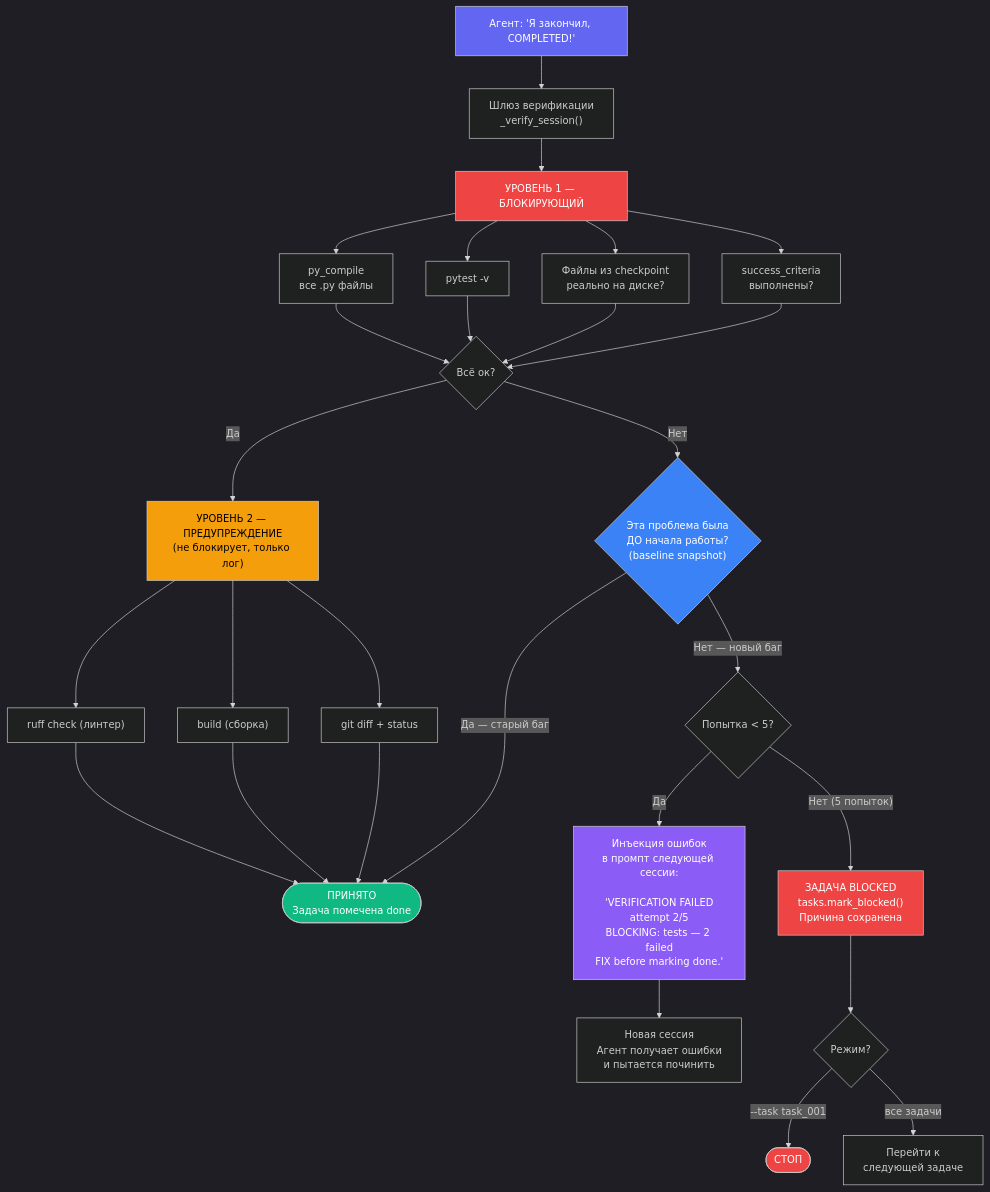
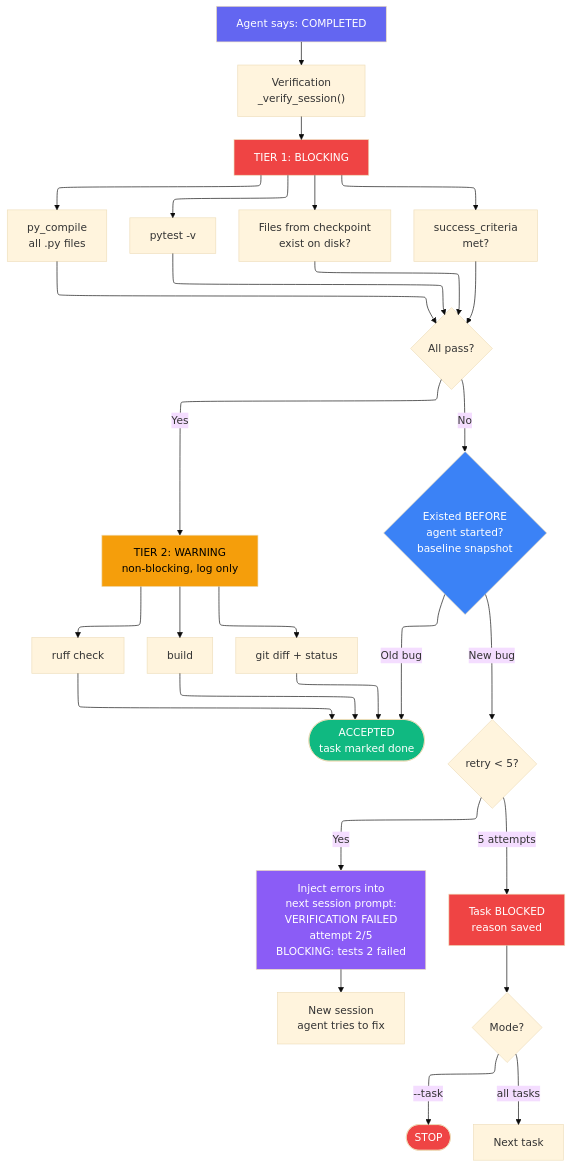
Before and after one commit to Chashchin-Dmitry/pocketcoder-a1: the diagram in articles/01_pocketcoder/diagrams/04_verification_detail.mmd, drawn with Mermaid. The commit also changed 13 other files, not shown here.

First line of the commit message:
docs: rewrite 6 mermaid diagrams (EN, base theme, elk layout) + add PNG exports

```diff
--- a/articles/01_pocketcoder/diagrams/04_verification_detail.mmd
+++ b/articles/01_pocketcoder/diagrams/04_verification_detail.mmd
@@ -1,45 +1,48 @@
-%%{ init: { 'theme': 'dark', 'themeVariables': { 'fontSize': '15px' } } }%%
+---
+config:
+  theme: base
+  layout: elk
+---
 flowchart TD
-    Agent["Агент: 'Я закончил, COMPLETED!'"] --> Gate["Шлюз верификации\n_verify_session()"]
+    Agent["Agent says: COMPLETED"] --> Gate["Verification<br/>_verify_session()"]
 
-    Gate --> T1["УРОВЕНЬ 1 — БЛОКИРУЮЩИЙ"]
-    T1 --> S1["py_compile\nвсе .py файлы"]
+    Gate --> T1["TIER 1: BLOCKING"]
+    T1 --> S1["py_compile<br/>all .py files"]
     T1 --> S2["pytest -v"]
-    T1 --> S3["Файлы из checkpoint\nреально на диске?"]
-    T1 --> S4["success_criteria\nвыполнены?"]
+    T1 --> S3["Files from checkpoint<br/>exist on disk?"]
+    T1 --> S4["success_criteria<br/>met?"]
 
-    S1 --> Pass{Всё ок?}
+    S1 --> Pass{"All pass?"}
     S2 --> Pass
     S3 --> Pass
     S4 --> Pass
 
-    Pass -->|"Да"| T2["УРОВЕНЬ 2 — ПРЕДУПРЕЖДЕНИЕ\n(не блокирует, только лог)"]
-    T2 --> L1["ruff check (линтер)"]
-    T2 --> L2["build (сборка)"]
+    Pass -->|"Yes"| T2["TIER 2: WARNING<br/>non-blocking, log only"]
+    T2 --> L1["ruff check"]
+    T2 --> L2["build"]
     T2 --> L3["git diff + status"]
-    L1 --> Done(["ПРИНЯТО\nЗадача помечена done"])
+    L1 --> Done(["ACCEPTED<br/>task marked done"])
     L2 --> Done
     L3 --> Done
 
-    Pass -->|"Нет"| Baseline{"Эта проблема была\nДО начала работы?\n(baseline snapshot)"}
+    Pass -->|"No"| Baseline{"Existed BEFORE<br/>agent started?<br/>baseline snapshot"}
 
-    Baseline -->|"Да — старый баг"| Done
-    Baseline -->|"Нет — новый баг"| Retry{"Попытка < 5?"}
+    Baseline -->|"Old bug"| Done
+    Baseline -->|"New bug"| Retry{"retry < 5?"}
 
-    Retry -->|"Да"| FixPrompt["Инъекция ошибок\nв промпт следующей сессии:\n\n'VERIFICATION FAILED\nattempt 2/5\nBLOCKING: tests — 2 failed\nFIX before marking done.'"]
-    FixPrompt --> NextSession["Новая сессия\nАгент получает ошибки\nи пытается починить"]
+    Retry -->|"Yes"| FixPrompt["Inject errors into<br/>next session prompt:<br/>VERIFICATION FAILED<br/>attempt 2/5<br/>BLOCKING: tests 2 failed"]
+    FixPrompt --> NextSession["New session<br/>agent tries to fix"]
 
-    Retry -->|"Нет (5 попыток)"| Blocked["ЗАДАЧА BLOCKED\ntasks.mark_blocked()\nПричина сохранена"]
-    Blocked --> WhatNext{Режим?}
-    WhatNext -->|"--task task_001"| Stop(["СТОП"])
-    WhatNext -->|"все задачи"| Next["Перейти к\nследующей задаче"]
+    Retry -->|"5 attempts"| Blocked["Task BLOCKED<br/>reason saved"]
+    Blocked --> WhatNext{"Mode?"}
+    WhatNext -->|"--task"| Stop(["STOP"])
+    WhatNext -->|"all tasks"| Next["Next task"]
 
-    %% === STYLES ===
     style Agent fill:#6366f1,color:#fff
     style T1 fill:#ef4444,color:#fff
     style T2 fill:#f59e0b,color:#000
     style Done fill:#10b981,color:#fff
     style Blocked fill:#ef4444,color:#fff
     style Stop fill:#ef4444,color:#fff
     style FixPrompt fill:#8b5cf6,color:#fff
     style Baseline fill:#3b82f6,color:#fff
```
